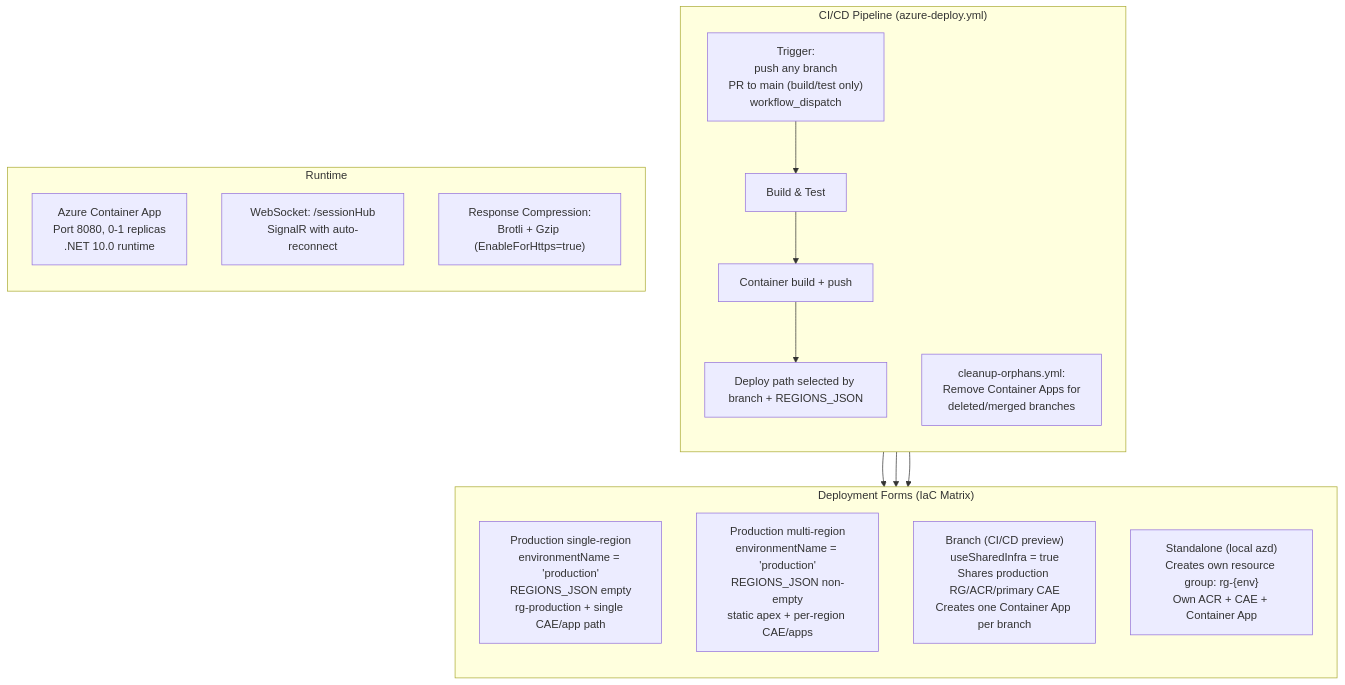
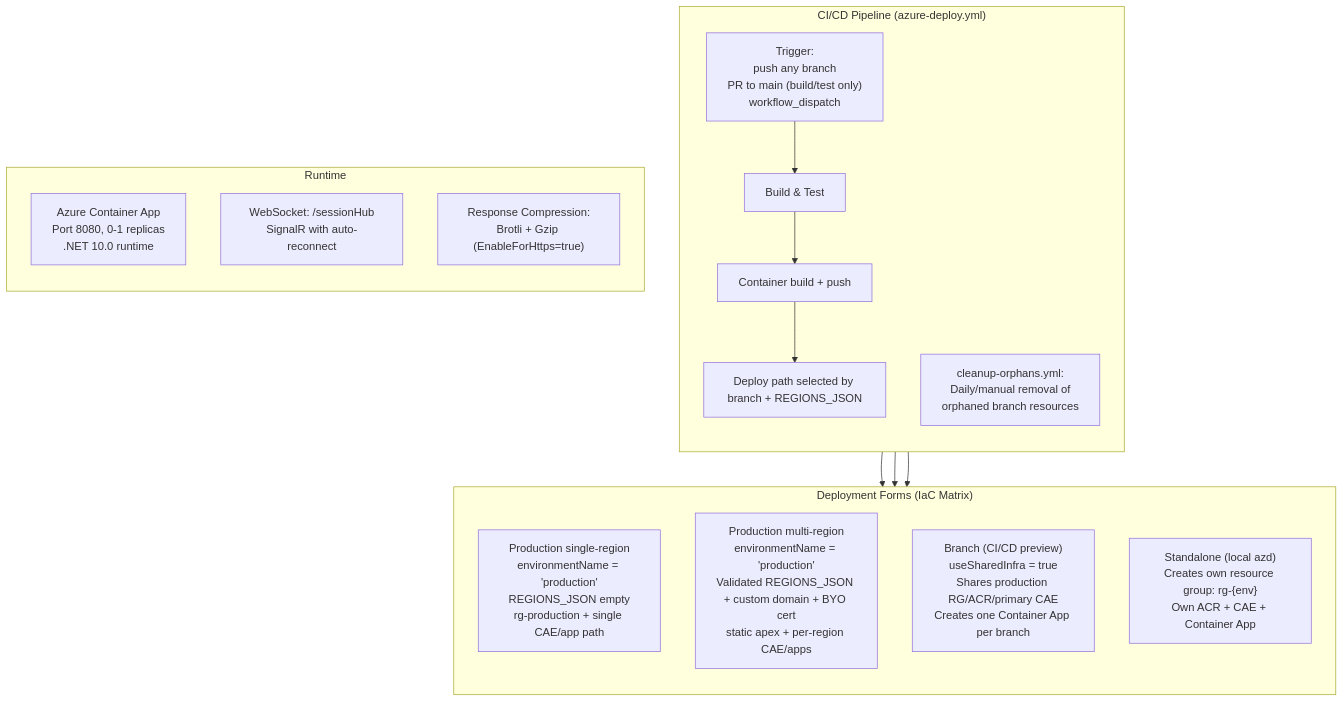
Before and after one commit to badvoidstar/astervoids: diagram 36 of 36 in ARCHITECTURE.md, drawn with Mermaid. The commit also changed other lines of this file and 8 other files, not shown here.

````diff
--- a/ARCHITECTURE.md
+++ b/ARCHITECTURE.md
@@ -2069,31 +2082,31 @@
 ```mermaid
 flowchart TB
     subgraph "Deployment Forms (IaC Matrix)"
         direction TB
         PROD1["Production single-region<br/>environmentName = 'production'<br/>REGIONS_JSON empty<br/>rg-production + single CAE/app path"]
-        PRODN["Production multi-region<br/>environmentName = 'production'<br/>REGIONS_JSON non-empty<br/>static apex + per-region CAE/apps"]
+        PRODN["Production multi-region<br/>environmentName = 'production'<br/>Validated REGIONS_JSON + custom domain + BYO cert<br/>static apex + per-region CAE/apps"]
         BRANCH["Branch (CI/CD preview)<br/>useSharedInfra = true<br/>Shares production RG/ACR/primary CAE<br/>Creates one Container App per branch"]
         STANDALONE["Standalone (local azd)<br/>Creates own resource group: rg-{env}<br/>Own ACR + CAE + Container App"]
     end
 
     subgraph "CI/CD Pipeline (azure-deploy.yml)"
         direction TB
         TRIGGER["Trigger:<br/>push any branch<br/>PR to main (build/test only)<br/>workflow_dispatch"]
         BUILD["Build & Test"]
         DOCKER["Container build + push"]
         DEPLOY["Deploy path selected by branch + REGIONS_JSON"]
-        CLEANUP["cleanup-orphans.yml:<br/>Remove Container Apps for<br/>deleted/merged branches"]
+        CLEANUP["cleanup-orphans.yml:<br/>Daily/manual removal of<br/>orphaned branch resources"]
     end
 
     subgraph "Runtime"
         direction TB
         CA["Azure Container App<br/>Port 8080, 0-1 replicas<br/>.NET 10.0 runtime"]
         WS["WebSocket: /sessionHub<br/>SignalR with auto-reconnect"]
         COMP["Response Compression:<br/>Brotli + Gzip (EnableForHttps=true)"]
     end
 
     TRIGGER --> BUILD --> DOCKER --> DEPLOY
     DEPLOY --> PROD1
     DEPLOY --> PRODN
     DEPLOY --> BRANCH
 ```
````
